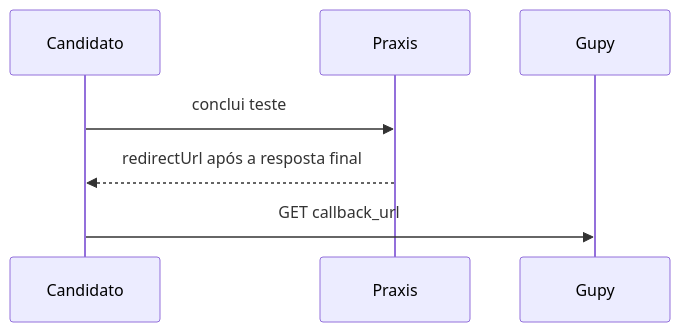
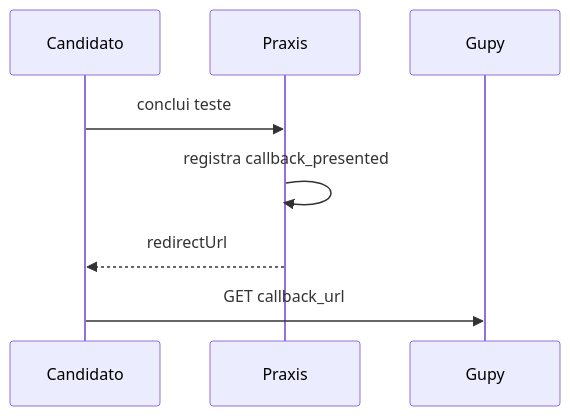
Before and after one commit to diogo2806/praxis: the second of 2 diagrams in docs/INTEGRACAO-GUPY-PROVEDOR.md, drawn with Mermaid. The commit also changed other lines of this file, not shown here.

````diff
--- a/docs/INTEGRACAO-GUPY-PROVEDOR.md
+++ b/docs/INTEGRACAO-GUPY-PROVEDOR.md
@@ -249,10 +251,11 @@
 ```mermaid
 sequenceDiagram
   participant Candidato
   participant Praxis
   participant Gupy
 
   Candidato->>Praxis: conclui teste
-  Praxis-->>Candidato: redirectUrl após a resposta final
+  Praxis->>Praxis: registra callback_presented
+  Praxis-->>Candidato: redirectUrl
   Candidato->>Gupy: GET callback_url
 ```
````
